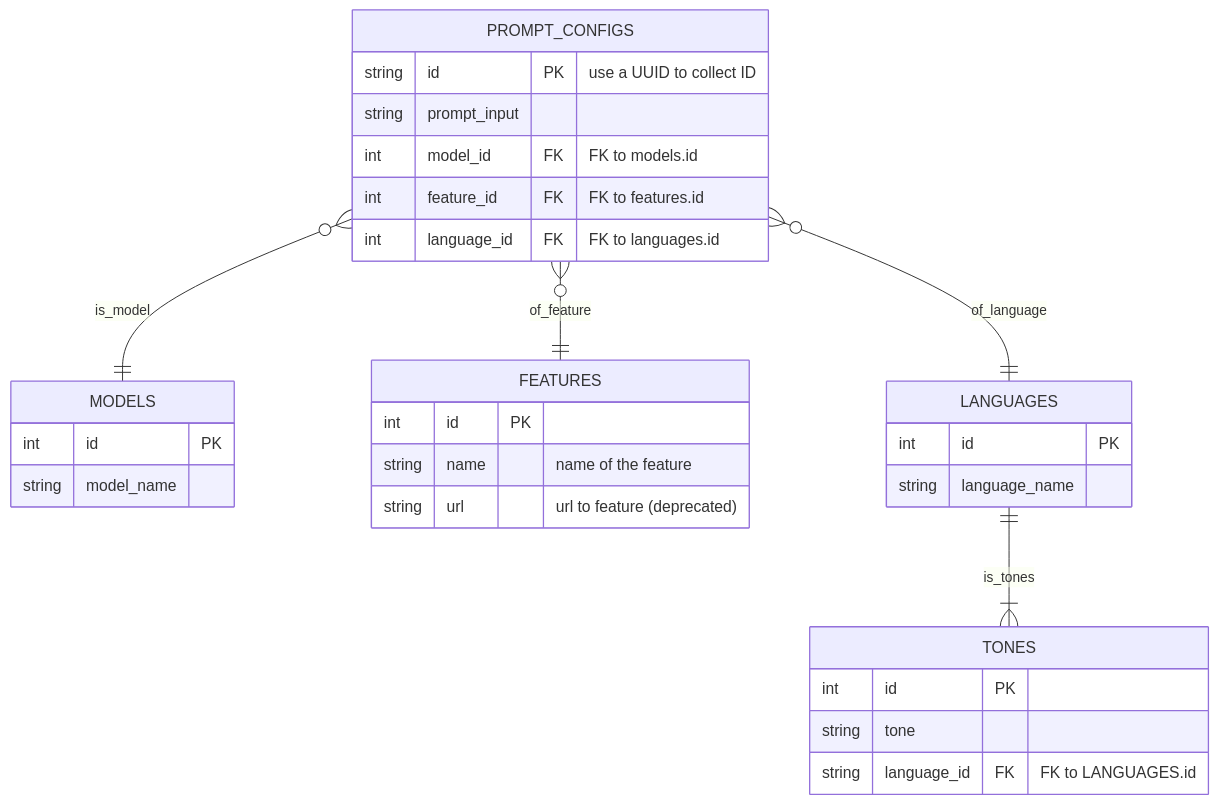
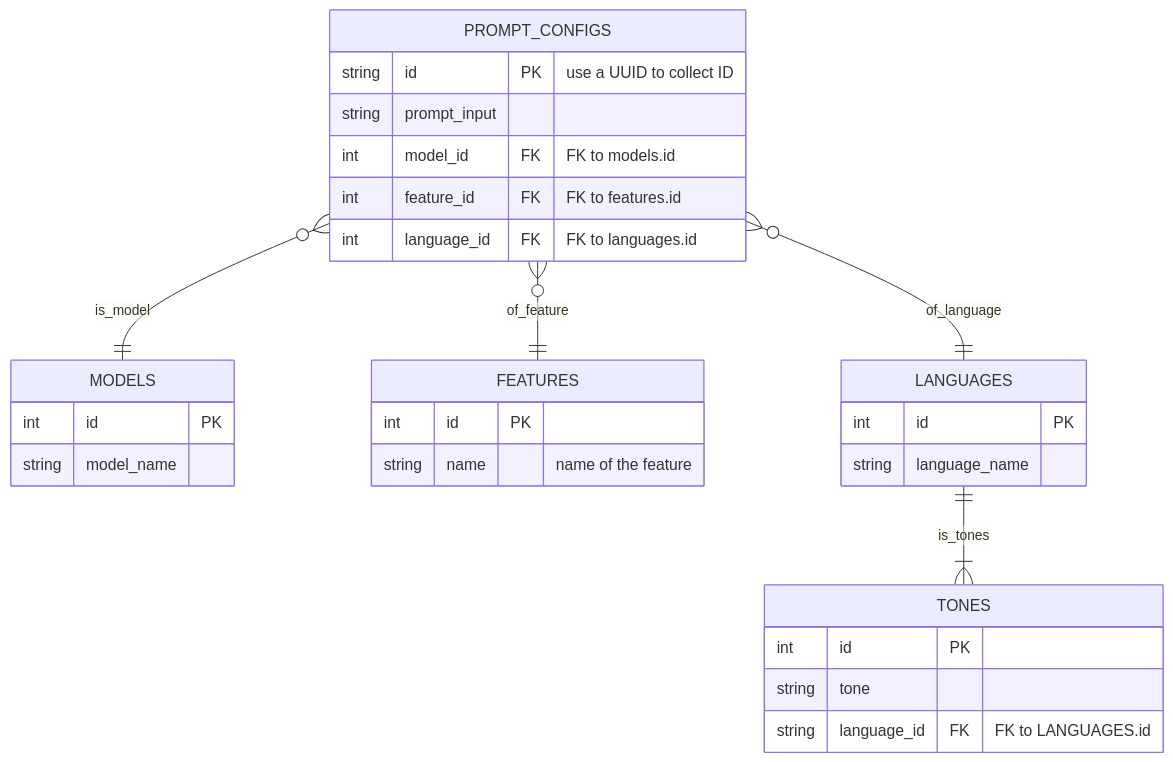
Before and after one commit to promptlabth/docs-of-all: the diagram in erDiagrams/prompt.md, drawn with Mermaid.

````diff
--- a/erDiagrams/prompt.md
+++ b/erDiagrams/prompt.md
@@ -2,34 +2,33 @@
 ```mermaid
 erDiagram
     PROMPT_CONFIGS }o--|| MODELS: is_model
     PROMPT_CONFIGS{
         string id PK "use a UUID to collect ID"
         string prompt_input 
         int model_id FK "FK to models.id"
         int feature_id FK "FK to features.id"
         int language_id FK "FK to languages.id"
     }
     MODELS{
         int id PK
         string model_name
     }
     PROMPT_CONFIGS }o--|| FEATURES: of_feature
     FEATURES{
         int id PK
         string name "name of the feature" 
-        string url "url to feature (deprecated)"
     }
     PROMPT_CONFIGS }o--|| LANGUAGES: of_language
     LANGUAGES{
         int id PK
         string language_name
     }
 
     LANGUAGES ||--|{ TONES: is_tones
     TONES{
         int id PK 
         string tone 
         string language_id FK "FK to LANGUAGES.id"
     }
     
 ```
````
